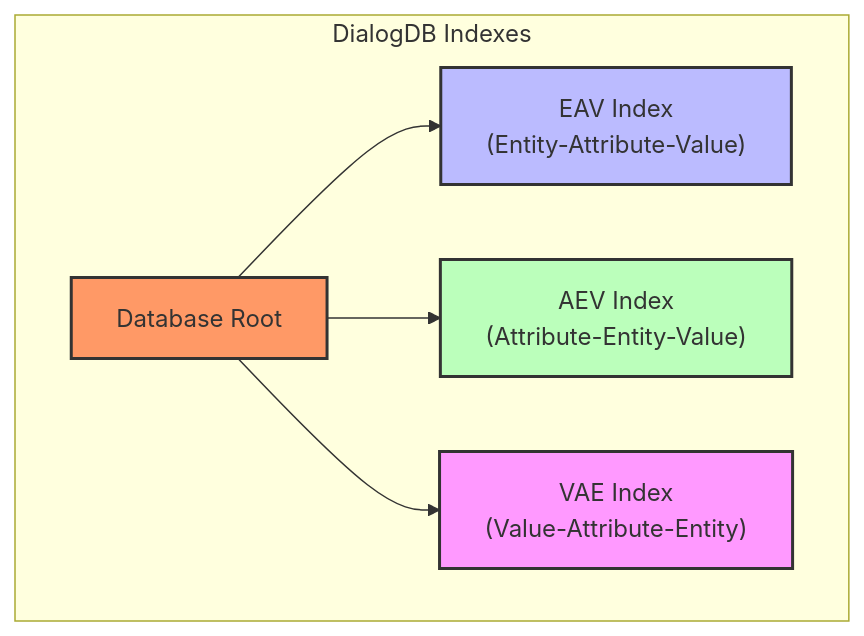
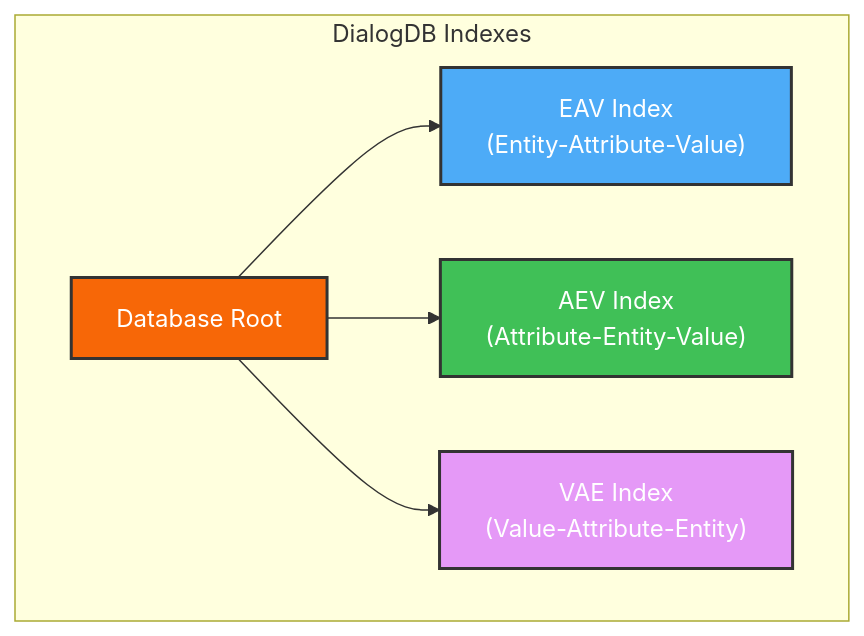
One commit to dialog-db/dialog-db changed the fifth of 11 diagrams in notes/architecture overview.md. Above: the diagram before and after it, drawn with Mermaid. The commit also changed other lines of this file, not shown here.

````diff
--- a/notes/architecture overview.md
+++ b/notes/architecture overview.md
@@ -153,15 +153,15 @@
 ```mermaid
 flowchart TD
     subgraph "DialogDB Indexes"
         direction LR
         Root["Database Root"] --> EAV & AEV & VAE
         EAV["EAV Index<br/>(Entity-Attribute-Value)"]
         AEV["AEV Index<br/>(Attribute-Entity-Value)"]
         VAE["VAE Index<br/>(Value-Attribute-Entity)"]
     end
 
-    style Root fill:#f96,stroke:#333,stroke-width:2px
-    style EAV fill:#bbf,stroke:#333,stroke-width:2px
-    style AEV fill:#bfb,stroke:#333,stroke-width:2px
-    style VAE fill:#f9f,stroke:#333,stroke-width:2px
+    style Root fill:#F76707,stroke:#333,stroke-width:2px,color:#FFFFFF
+    style EAV fill:#4DABF7,stroke:#333,stroke-width:2px,color:#FFFFFF
+    style AEV fill:#40C057,stroke:#333,stroke-width:2px,color:#FFFFFF
+    style VAE fill:#E599F7,stroke:#333,stroke-width:2px,color:#FFFFFF
 ```
````
